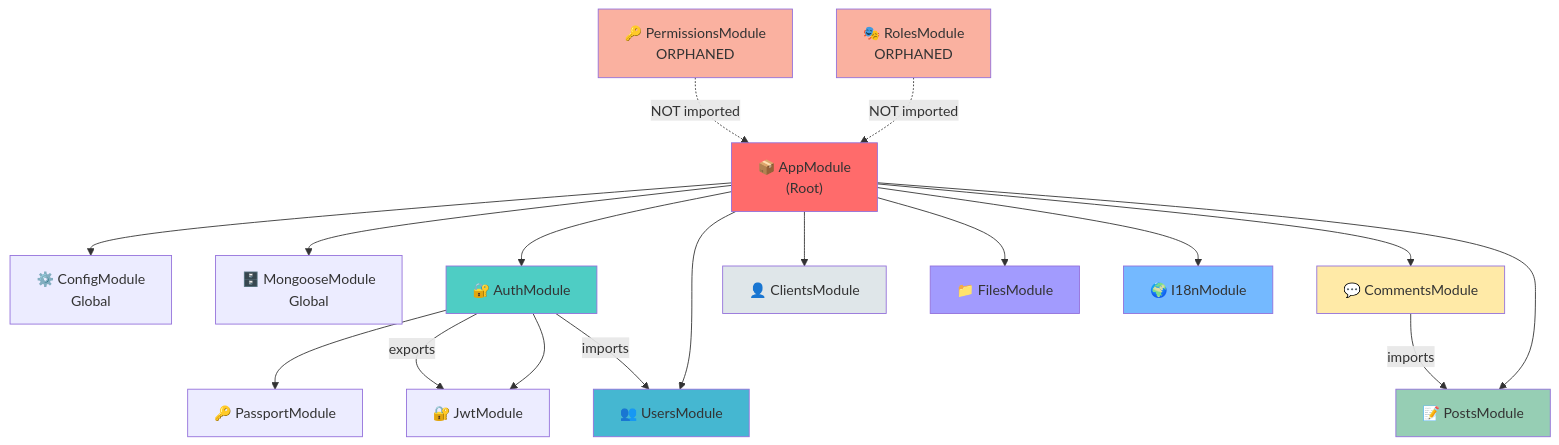
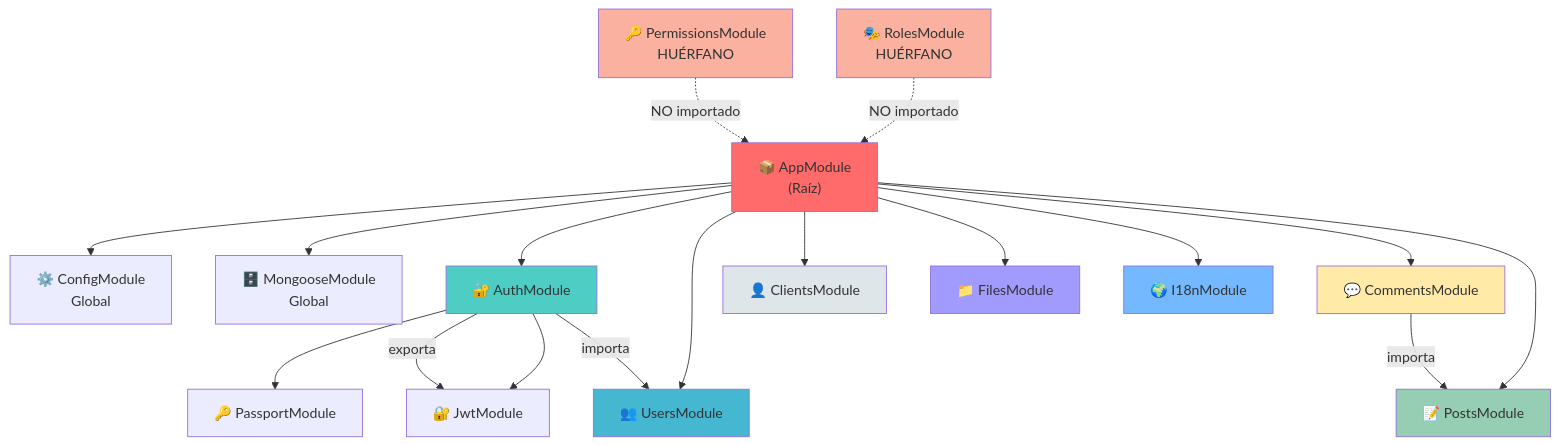
One commit to Byroncl/laboratory-reviews changed the second of 4 diagrams in docs-post-message/docs/backend/architecture/module-structure.md. Above: the diagram before and after it, drawn with Mermaid. The commit also changed other lines of this file and 17 other files, not shown here.

Commit message:
refactor: implement clean architecture patterns with domains, repositories, use cases, constants, and comprehensive tests

````diff
--- a/docs-post-message/docs/backend/architecture/module-structure.md
+++ b/docs-post-message/docs/backend/architecture/module-structure.md
@@ -36,51 +36,51 @@
 ```mermaid
 graph TB
-    AppModule["📦 AppModule<br/>(Root)"]
+    AppModule["📦 AppModule<br/>(Raíz)"]
     
     ConfigModule["⚙️ ConfigModule<br/>Global"]
     MongooseModule["🗄️ MongooseModule<br/>Global"]
     
     AuthModule["🔐 AuthModule"]
     UsersModule["👥 UsersModule"]
     PostsModule["📝 PostsModule"]
     CommentsModule["💬 CommentsModule"]
     ClientsModule["👤 ClientsModule"]
     FilesModule["📁 FilesModule"]
-    RolesModule["🎭 RolesModule<br/>ORPHANED"]
-    PermissionsModule["🔑 PermissionsModule<br/>ORPHANED"]
+    RolesModule["🎭 RolesModule<br/>HUÉRFANO"]
+    PermissionsModule["🔑 PermissionsModule<br/>HUÉRFANO"]
     I18nModule["🌍 I18nModule"]
     
     PassportModule["🔑 PassportModule"]
     JwtModule["🔐 JwtModule"]
     
     AppModule --> ConfigModule
     AppModule --> MongooseModule
     AppModule --> AuthModule
     AppModule --> UsersModule
     AppModule --> PostsModule
     AppModule --> CommentsModule
     AppModule --> ClientsModule
     AppModule --> FilesModule
     AppModule --> I18nModule
     
     AuthModule --> PassportModule
     AuthModule --> JwtModule
-    AuthModule -->|imports| UsersModule
-    AuthModule -->|exports| JwtModule
+    AuthModule -->|importa| UsersModule
+    AuthModule -->|exporta| JwtModule
     
-    CommentsModule -->|imports| PostsModule
+    CommentsModule -->|importa| PostsModule
     
-    RolesModule -.->|NOT imported| AppModule
-    PermissionsModule -.->|NOT imported| AppModule
+    RolesModule -.->|NO importado| AppModule
+    PermissionsModule -.->|NO importado| AppModule
     
     style AppModule fill:#ff6b6b
     style AuthModule fill:#4ecdc4
     style UsersModule fill:#45b7d1
     style PostsModule fill:#96ceb4
     style CommentsModule fill:#ffeaa7
     style ClientsModule fill:#dfe6e9
     style FilesModule fill:#a29bfe
     style I18nModule fill:#74b9ff
     style RolesModule fill:#fab1a0
     style PermissionsModule fill:#fab1a0
 ```
````
